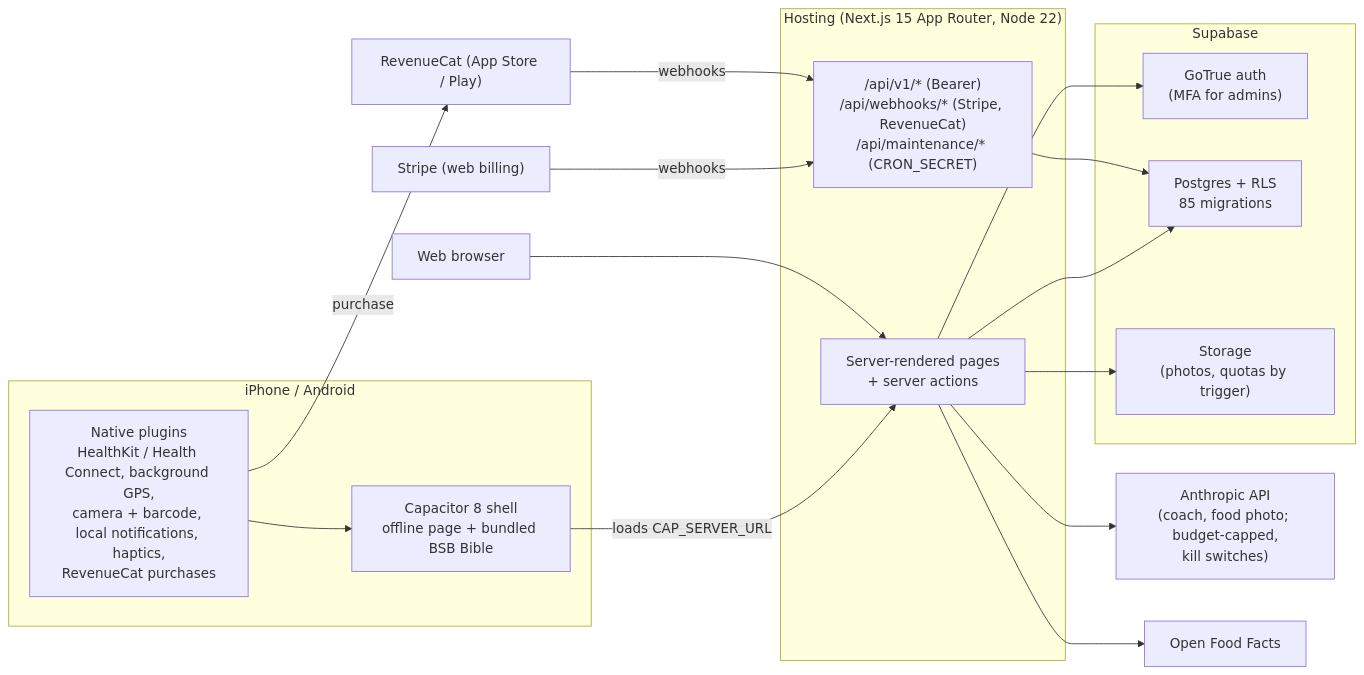
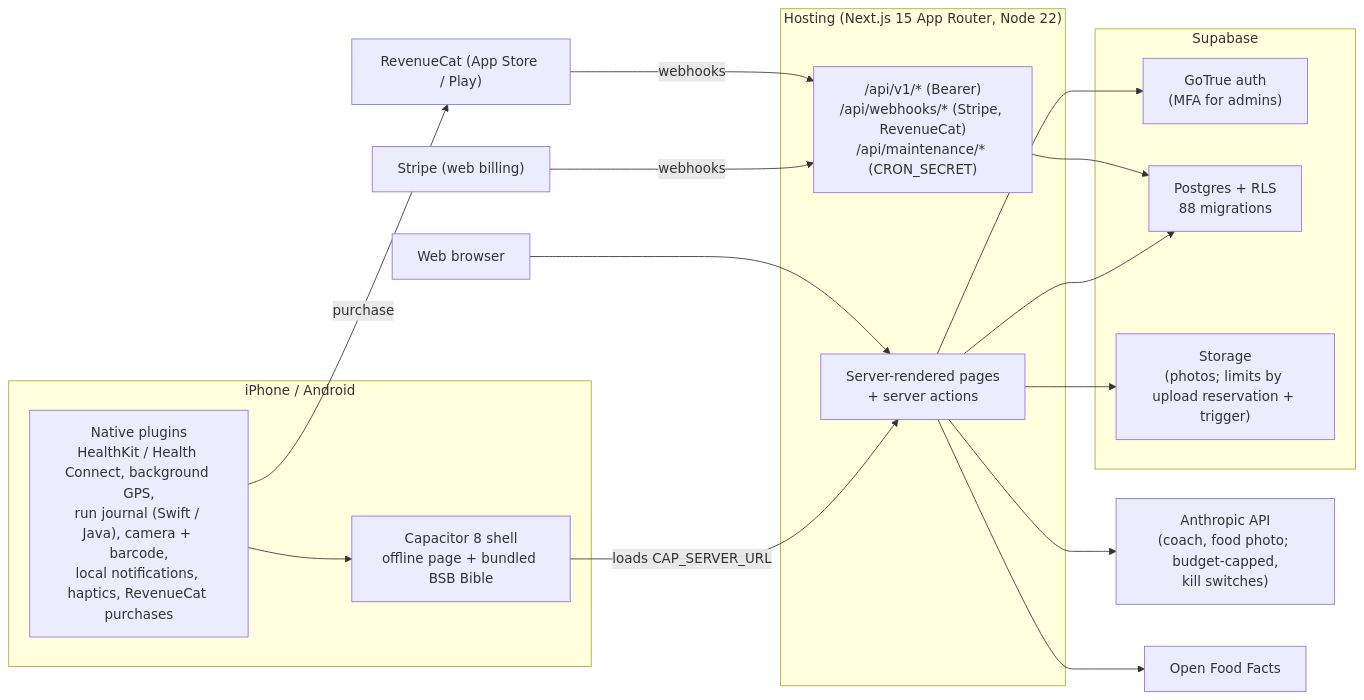
The diagram in docs/production-consolidation/EXTERNAL_DEVELOPER_SCOPE.md (Joshfit77/Testing-testing-testing), drawn with Mermaid before and after one commit. The commit also changed other lines of this file and 10 other files, not shown here.

````diff
--- a/docs/production-consolidation/EXTERNAL_DEVELOPER_SCOPE.md
+++ b/docs/production-consolidation/EXTERNAL_DEVELOPER_SCOPE.md
@@ -8,33 +8,33 @@
 ```mermaid
 flowchart LR
   subgraph Device["iPhone / Android"]
     Shell["Capacitor 8 shell<br/>offline page + bundled BSB Bible"]
-    Plugins["Native plugins<br/>HealthKit / Health Connect, background GPS,<br/>camera + barcode, local notifications, haptics,<br/>RevenueCat purchases"]
+    Plugins["Native plugins<br/>HealthKit / Health Connect, background GPS,<br/>run journal (Swift / Java), camera + barcode,<br/>local notifications, haptics, RevenueCat purchases"]
   end
   Browser["Web browser"]
   subgraph Host["Hosting (Next.js 15 App Router, Node 22)"]
     Pages["Server-rendered pages<br/>+ server actions"]
     API["/api/v1/* (Bearer)<br/>/api/webhooks/* (Stripe, RevenueCat)<br/>/api/maintenance/* (CRON_SECRET)"]
   end
   subgraph Supabase["Supabase"]
     Auth["GoTrue auth<br/>(MFA for admins)"]
-    DB["Postgres + RLS<br/>85 migrations"]
-    Storage["Storage<br/>(photos, quotas by trigger)"]
+    DB["Postgres + RLS<br/>88 migrations"]
+    Storage["Storage<br/>(photos; limits by upload reservation + trigger)"]
   end
   Anthropic["Anthropic API<br/>(coach, food photo; budget-capped,<br/>kill switches)"]
   OFF["Open Food Facts"]
   Stripe["Stripe (web billing)"]
   RC["RevenueCat (App Store / Play)"]
   Shell -->|loads CAP_SERVER_URL| Pages
   Browser --> Pages
   Plugins --> Shell
   Pages --> Auth
   Pages --> DB
   Pages --> Storage
   API --> DB
   Pages --> Anthropic
   Pages --> OFF
   Stripe -->|webhooks| API
   RC -->|webhooks| API
   Plugins -->|purchase| RC
 ```
````
